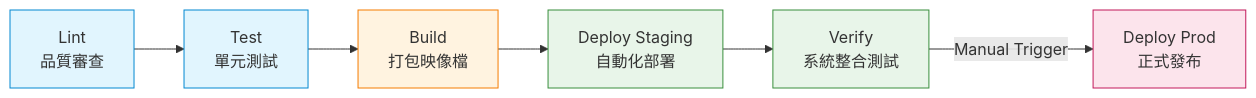
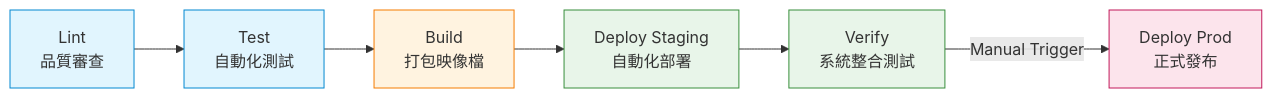
One commit to chenkuanchung/llmops-it-agent changed the diagram in README.md. Above: the diagram before and after it, drawn with Mermaid. The commit also changed other lines of this file, not shown here.

````diff
--- a/README.md
+++ b/README.md
@@ -32,15 +35,15 @@
 ```mermaid
 graph LR
-    A[Lint<br/>品質審查] --> B[Test<br/>單元測試]
+    A[Lint<br/>品質審查] --> B[Test<br/>自動化測試]
     B --> C[Build<br/>打包映像檔]
     C --> D[Deploy Staging<br/>自動化部署]
     D --> E[Verify<br/>系統整合測試]
     E -->|Manual Trigger| F[Deploy Prod<br/>正式發布]
     
     style A fill:#e1f5fe,stroke:#0288d1
     style B fill:#e1f5fe,stroke:#0288d1
     style C fill:#fff3e0,stroke:#f57c00
     style D fill:#e8f5e9,stroke:#388e3c
     style E fill:#e8f5e9,stroke:#388e3c
     style F fill:#fce4ec,stroke:#c2185b
 ```
````
